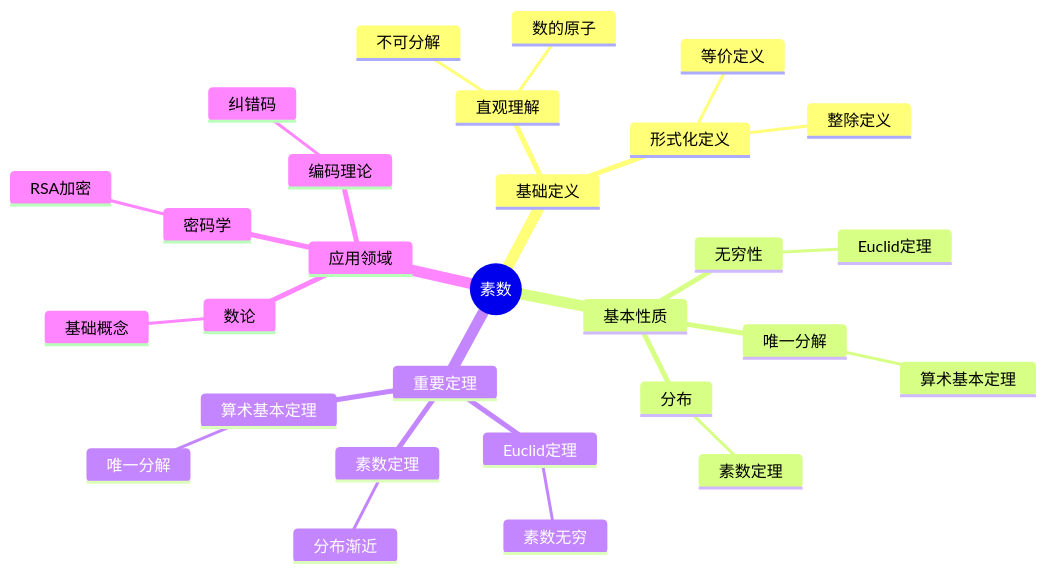
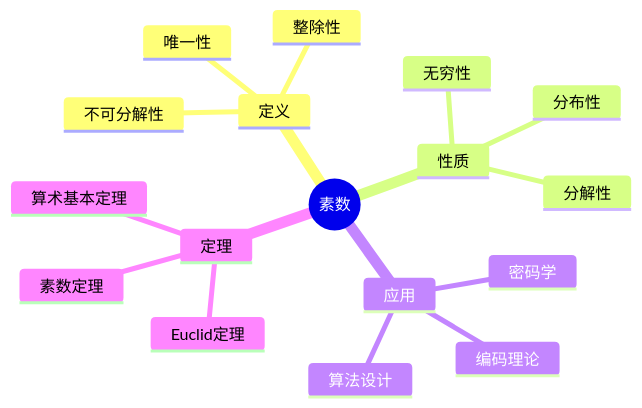
The first of 11 diagrams in concept/核心概念/26-素数.md (AdaMartin18010/FormalMath), drawn with Mermaid before and after one commit. The commit also changed other lines of this file and 4793 other files, not shown here.

````diff
--- a/concept/核心概念/26-素数.md
+++ b/concept/核心概念/26-素数.md
@@ -467,32 +1168,20 @@
 ```mermaid
 mindmap
   root((素数))
-    基础定义
-      直观理解
-        不可分解
-        数的原子
-      形式化定义
-        整除定义
-        等价定义
-    基本性质
+    定义
+      整除性
+      不可分解性
+      唯一性
+    性质
       无穷性
-        Euclid定理
-      唯一分解
-        算术基本定理
-      分布
-        素数定理
-    重要定理
+      分布性
+      分解性
+    应用
+      密码学
+      编码理论
+      算法设计
+    定理
       Euclid定理
-        素数无穷
       素数定理
-        分布渐近
       算术基本定理
-        唯一分解
-    应用领域
-      数论
-        基础概念
-      密码学
-        RSA加密
-      编码理论
-        纠错码
 ```
````
